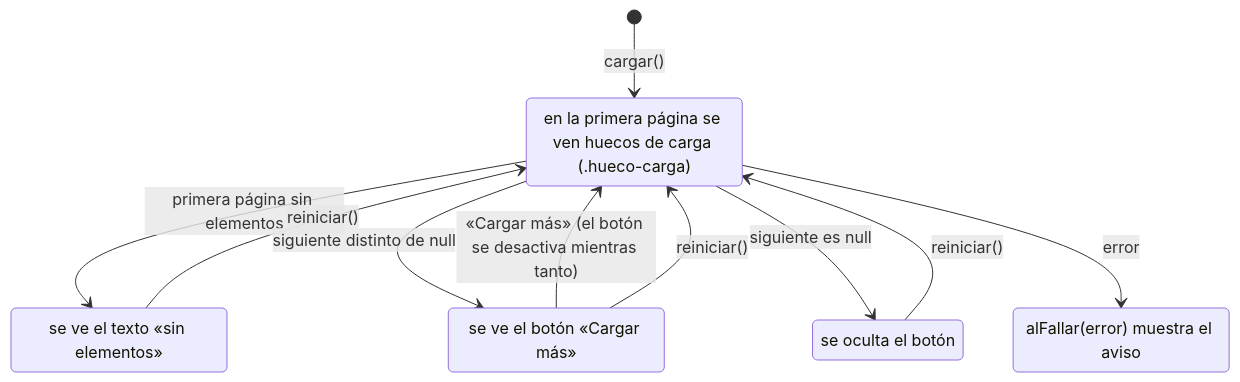
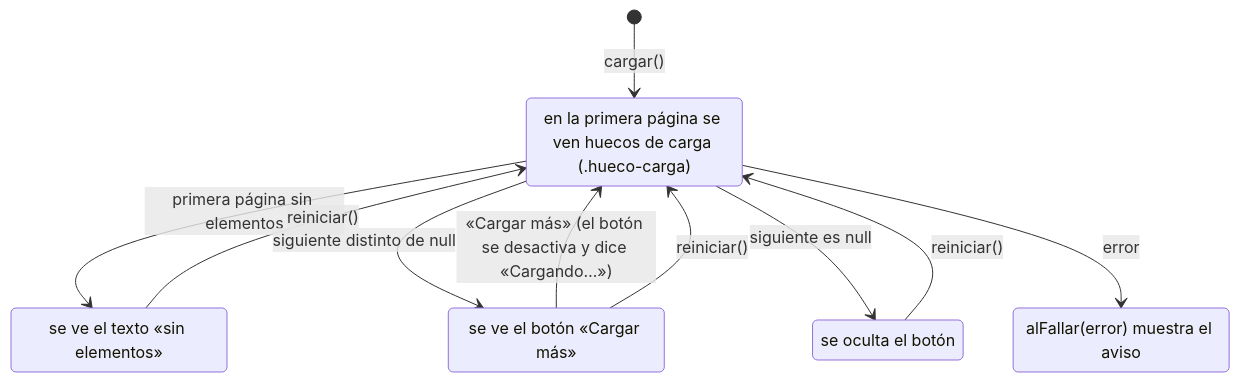
The third of 3 diagrams in documentacion/frontend.md (Matthew-PV/ISW-Practica), drawn with Mermaid before and after one commit. The commit also changed other lines of this file and 30 other files, not shown here.

````diff
--- a/documentacion/frontend.md
+++ b/documentacion/frontend.md
@@ -199,17 +199,17 @@
 ```mermaid
 stateDiagram-v2
   [*] --> Pidiendo : cargar()
   Pidiendo : en la primera página se ven huecos de carga (.hueco-carga)
   Pidiendo --> Vacia : primera página sin elementos
   Pidiendo --> ConMas : siguiente distinto de null
   Pidiendo --> Completa : siguiente es null
   Pidiendo --> Fallo : error
-  ConMas --> Pidiendo : «Cargar más» (el botón se desactiva mientras tanto)
+  ConMas --> Pidiendo : «Cargar más» (el botón se desactiva y dice «Cargando…»)
   Vacia --> Pidiendo : reiniciar()
   Completa --> Pidiendo : reiniciar()
   ConMas --> Pidiendo : reiniciar()
   Vacia : se ve el texto «sin elementos»
   ConMas : se ve el botón «Cargar más»
   Completa : se oculta el botón
   Fallo : alFallar(error) muestra el aviso
 ```
````
